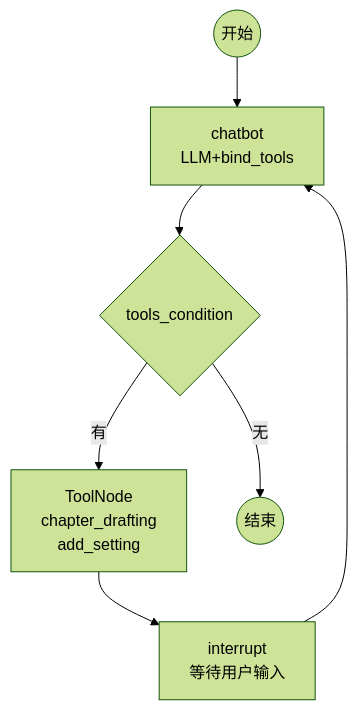
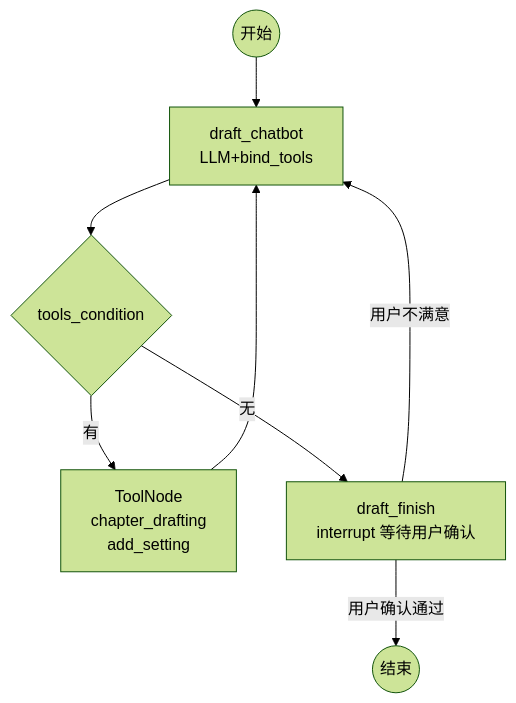
Before and after one commit to 30998772/novelist: the diagram in langgraph-writer/docs/subgraph_创作.mmd, drawn with Mermaid (forest theme). The commit also changed 30 other files, not shown here.

```diff
--- a/langgraph-writer/docs/subgraph_创作.mmd
+++ b/langgraph-writer/docs/subgraph_创作.mmd
@@ -1,7 +1,8 @@
 graph TB
-    START((开始)) --> CHATBOT["chatbot<br/>LLM+bind_tools"]
+    START((开始)) --> CHATBOT["draft_chatbot<br/>LLM+bind_tools"]
     CHATBOT --> TC{"tools_condition"}
     TC -- "有" --> TOOLS["ToolNode<br/>chapter_drafting<br/>add_setting"]
-    TC -- "无" --> END((结束))
-    TOOLS --> INTERRUPT["interrupt<br/>等待用户输入"]
-    INTERRUPT --> CHATBOT
+    TC -- "无" --> FINISH["draft_finish<br/>interrupt 等待用户确认"]
+    TOOLS --> CHATBOT
+    FINISH -- "用户确认通过" --> END((结束))
+    FINISH -- "用户不满意" --> CHATBOT
```
